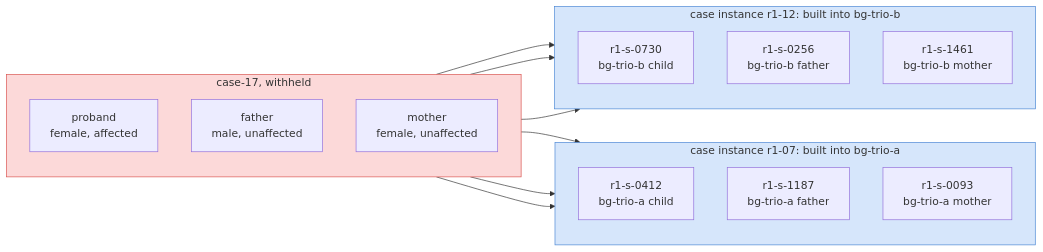
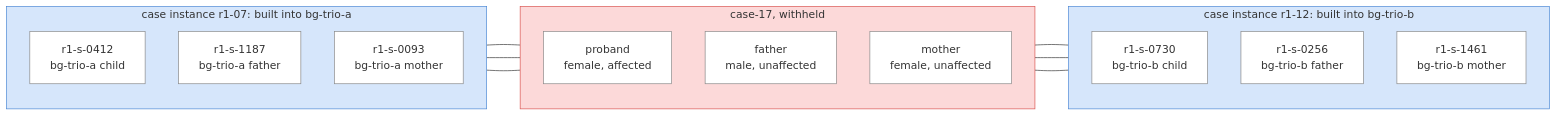
Before and after one commit to populationgenomics/rare-disease-benchmark: the second of 3 diagrams in docs/schema.md, drawn with Mermaid. The commit also changed other lines of this file, not shown here.

Commit message:
docs: lay out the worked example without crossing links
Put the case between its two instances so every member maps straight
across, show the haplotype names as an enumeration, and give flowchart
nodes a plain fill so the regions carry the colour.

````diff
--- a/docs/schema.md
+++ b/docs/schema.md
@@ -213,34 +222,35 @@
 ```mermaid
 flowchart LR
+    subgraph I1["case instance r1-07: built into bg-trio-a"]
+        direction TB
+        a1["r1-s-0412<br/>bg-trio-a child"]
+        a2["r1-s-1187<br/>bg-trio-a father"]
+        a3["r1-s-0093<br/>bg-trio-a mother"]
+    end
+
     subgraph REC["case-17, withheld"]
         direction TB
         p["proband<br/>female, affected"]
         f["father<br/>male, unaffected"]
         m["mother<br/>female, unaffected"]
-    end
-
-    subgraph I1["case instance r1-07: built into bg-trio-a"]
-        direction TB
-        a1["r1-s-0412<br/>bg-trio-a child"]
-        a2["r1-s-1187<br/>bg-trio-a father"]
-        a3["r1-s-0093<br/>bg-trio-a mother"]
     end
 
     subgraph I2["case instance r1-12: built into bg-trio-b"]
         direction TB
         b1["r1-s-0730<br/>bg-trio-b child"]
         b2["r1-s-0256<br/>bg-trio-b father"]
         b3["r1-s-1461<br/>bg-trio-b mother"]
     end
 
-    p --> a1
-    f --> a2
-    m --> a3
-    p --> b1
-    f --> b2
-    m --> b3
+    a1 --- p
+    a2 --- f
+    a3 --- m
+    p --- b1
+    f --- b2
+    m --- b3
 
+    classDef default fill:#ffffff,stroke:#888888
     style REC fill:#fcd9d9,stroke:#d9534f
     style I1 fill:#d6e6fb,stroke:#4a86d4
     style I2 fill:#d6e6fb,stroke:#4a86d4
 ```
````
